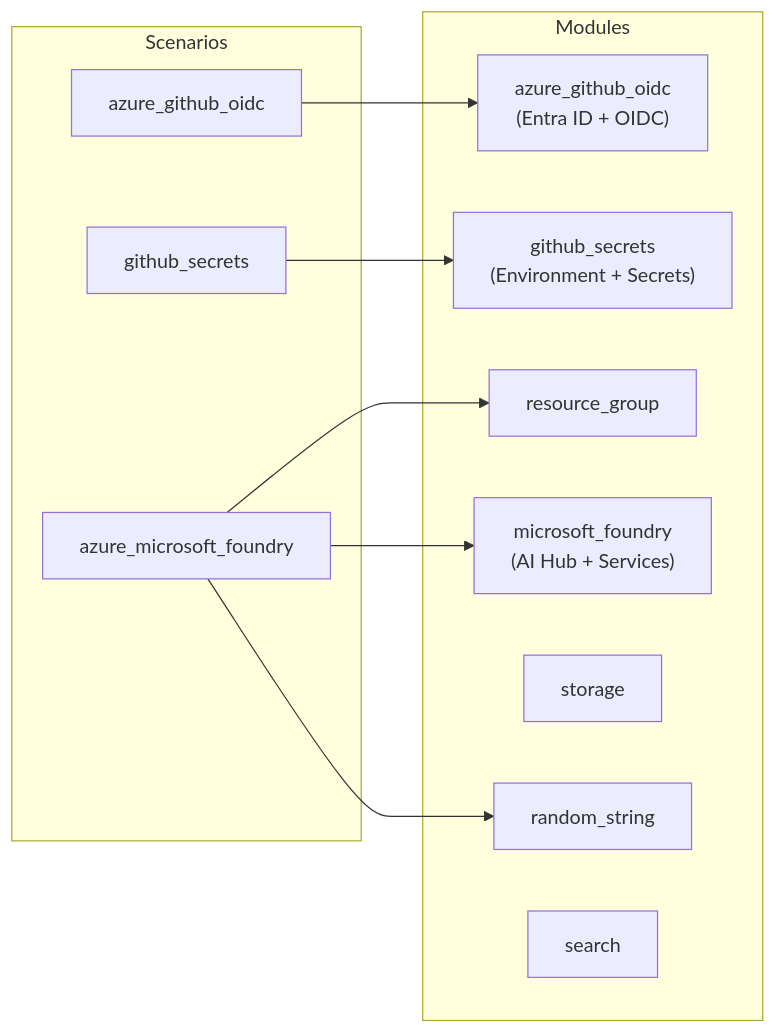
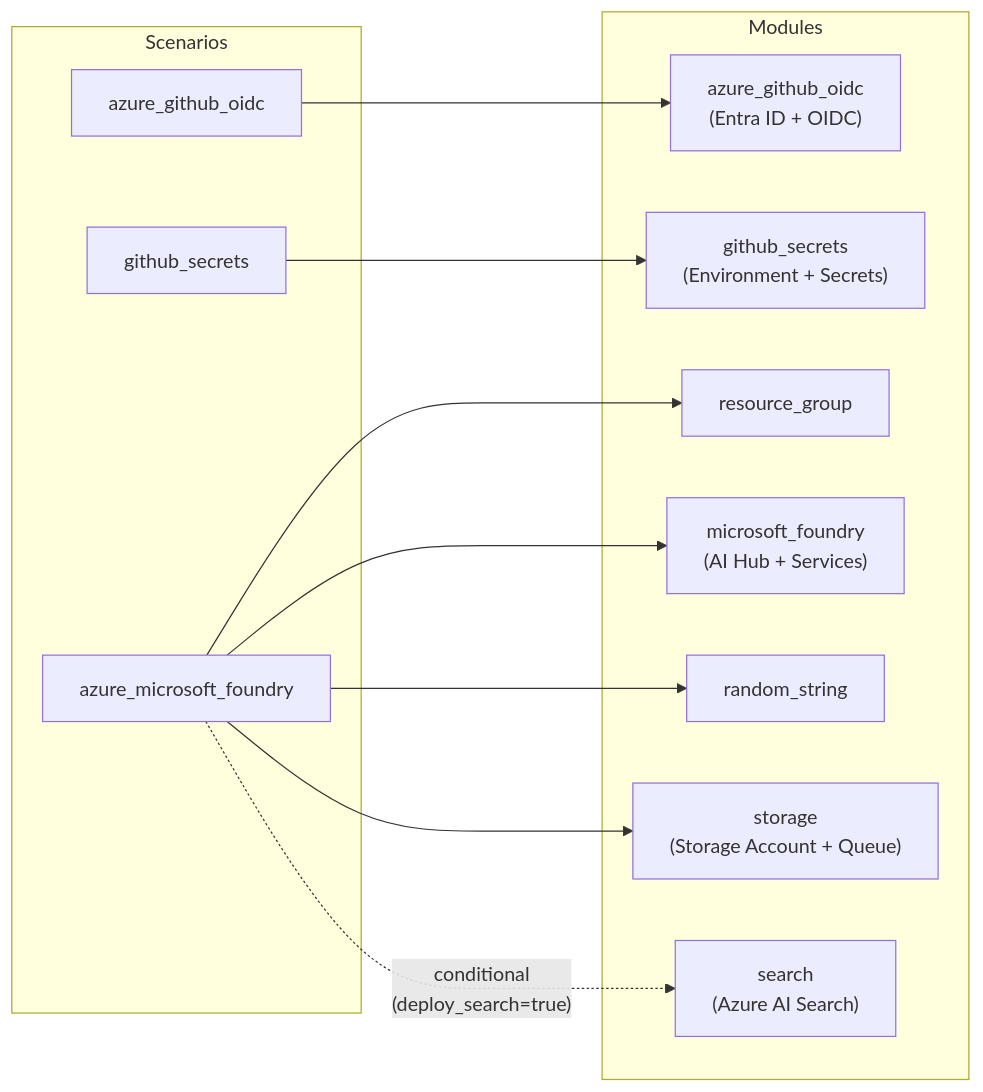
One commit to ks6088ts/template-github-copilot changed the third of 6 diagrams in docs/copilot_report_forge/architecture.md. Above: the diagram before and after it, drawn with Mermaid. The commit also changed other lines of this file and 6 other files, not shown here.

````diff
--- a/docs/copilot_report_forge/architecture.md
+++ b/docs/copilot_report_forge/architecture.md
@@ -334,24 +334,26 @@
 ```mermaid
 flowchart LR
     subgraph "Modules"
         RG["resource_group"]
         SP["azure_github_oidc<br/>(Entra ID + OIDC)"]
         GH["github_secrets<br/>(Environment + Secrets)"]
         MF["microsoft_foundry<br/>(AI Hub + Services)"]
-        ST["storage"]
+        ST["storage<br/>(Storage Account + Queue)"]
         RS["random_string"]
-        SEARCH["search"]
+        SEARCH["search<br/>(Azure AI Search)"]
     end
 
     subgraph "Scenarios"
         S1["azure_github_oidc"]
         S2["github_secrets"]
         S3["azure_microsoft_foundry"]
     end
 
     S1 --> SP
     S2 --> GH
     S3 --> RG
     S3 --> MF
     S3 --> RS
+    S3 --> ST
+    S3 -."conditional<br/>(deploy_search=true)".-> SEARCH
 ```
````
